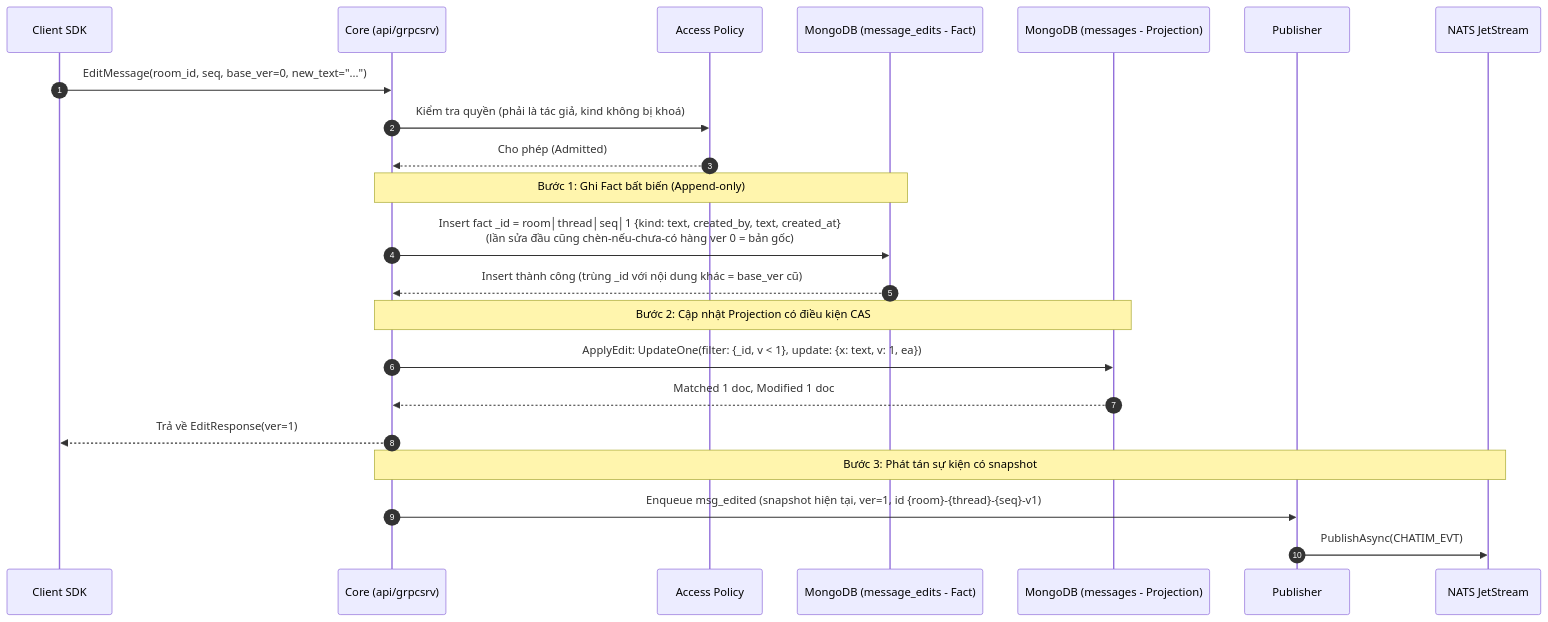
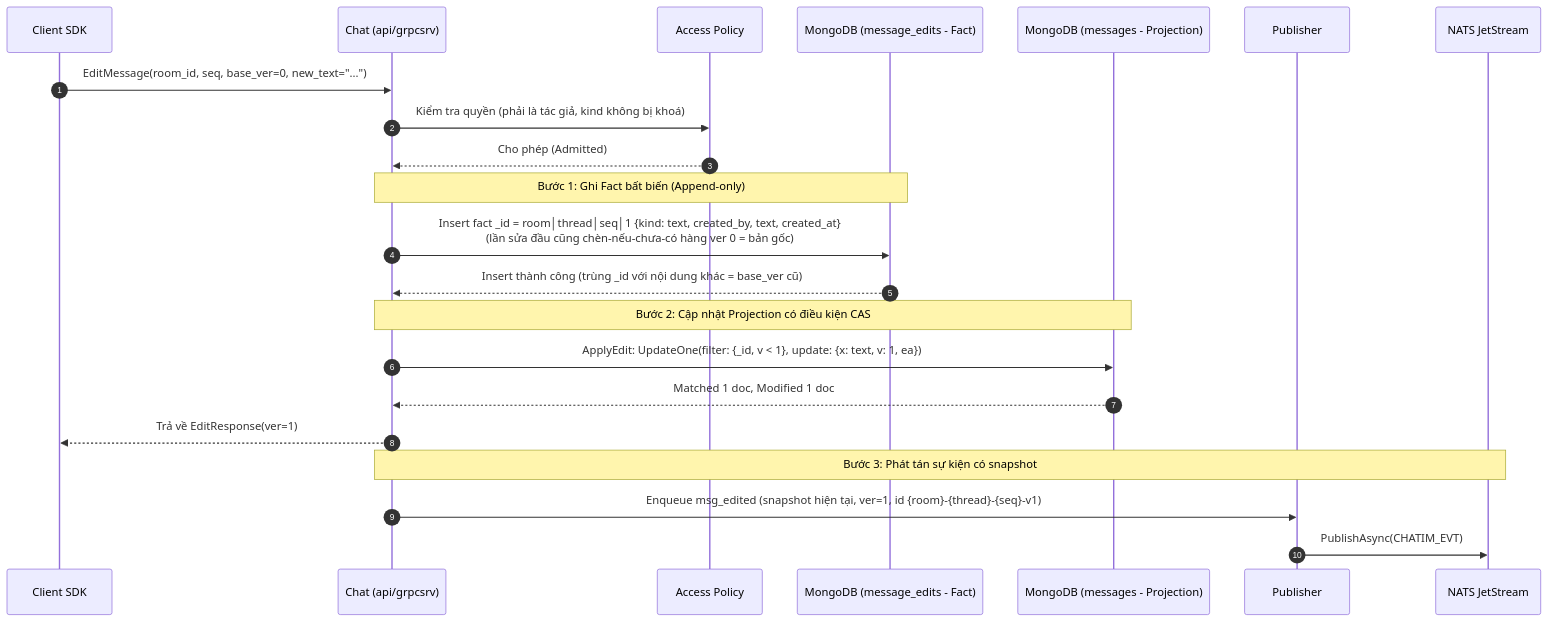
Before and after one commit to ivannguyendev/chatim: the second of 2 diagrams in docs/modules/03-feature-message-edit-delete-and-privacy.md, drawn with Mermaid. The commit also changed other lines of this file and 332 other files, not shown here.

````diff
--- a/docs/modules/03-feature-message-edit-delete-and-privacy.md
+++ b/docs/modules/03-feature-message-edit-delete-and-privacy.md
@@ -59,29 +59,29 @@
 ```mermaid
 sequenceDiagram
     autonumber
     participant Client as Client SDK
-    participant Core as Core (api/grpcsrv)
+    participant Chat as Chat (api/grpcsrv)
     participant Policy as Access Policy
     participant Edits as MongoDB (message_edits - Fact)
     participant Msgs as MongoDB (messages - Projection)
     participant Pub as Publisher
     participant NATS as NATS JetStream
 
-    Client->>Core: EditMessage(room_id, seq, base_ver=0, new_text="...")
-    Core->>Policy: Kiểm tra quyền (phải là tác giả, kind không bị khoá)
-    Policy-->>Core: Cho phép (Admitted)
+    Client->>Chat: EditMessage(room_id, seq, base_ver=0, new_text="...")
+    Chat->>Policy: Kiểm tra quyền (phải là tác giả, kind không bị khoá)
+    Policy-->>Chat: Cho phép (Admitted)
 
-    Note over Core,Edits: Bước 1: Ghi Fact bất biến (Append-only)
-    Core->>Edits: Insert fact _id = room│thread│seq│1 {kind: text, created_by, text, created_at}<br/>(lần sửa đầu cũng chèn-nếu-chưa-có hàng ver 0 = bản gốc)
-    Edits-->>Core: Insert thành công (trùng _id với nội dung khác = base_ver cũ)
+    Note over Chat,Edits: Bước 1: Ghi Fact bất biến (Append-only)
+    Chat->>Edits: Insert fact _id = room│thread│seq│1 {kind: text, created_by, text, created_at}<br/>(lần sửa đầu cũng chèn-nếu-chưa-có hàng ver 0 = bản gốc)
+    Edits-->>Chat: Insert thành công (trùng _id với nội dung khác = base_ver cũ)
 
-    Note over Core,Msgs: Bước 2: Cập nhật Projection có điều kiện CAS
-    Core->>Msgs: ApplyEdit: UpdateOne(filter: {_id, v < 1}, update: {x: text, v: 1, ea})
-    Msgs-->>Core: Matched 1 doc, Modified 1 doc
+    Note over Chat,Msgs: Bước 2: Cập nhật Projection có điều kiện CAS
+    Chat->>Msgs: ApplyEdit: UpdateOne(filter: {_id, v < 1}, update: {x: text, v: 1, ea})
+    Msgs-->>Chat: Matched 1 doc, Modified 1 doc
 
-    Core-->>Client: Trả về EditResponse(ver=1)
+    Chat-->>Client: Trả về EditResponse(ver=1)
 
-    Note over Core,NATS: Bước 3: Phát tán sự kiện có snapshot
-    Core->>Pub: Enqueue msg_edited (snapshot hiện tại, ver=1, id {room}-{thread}-{seq}-v1)
+    Note over Chat,NATS: Bước 3: Phát tán sự kiện có snapshot
+    Chat->>Pub: Enqueue msg_edited (snapshot hiện tại, ver=1, id {room}-{thread}-{seq}-v1)
     Pub->>NATS: PublishAsync(CHATIM_EVT)
 ```
````
